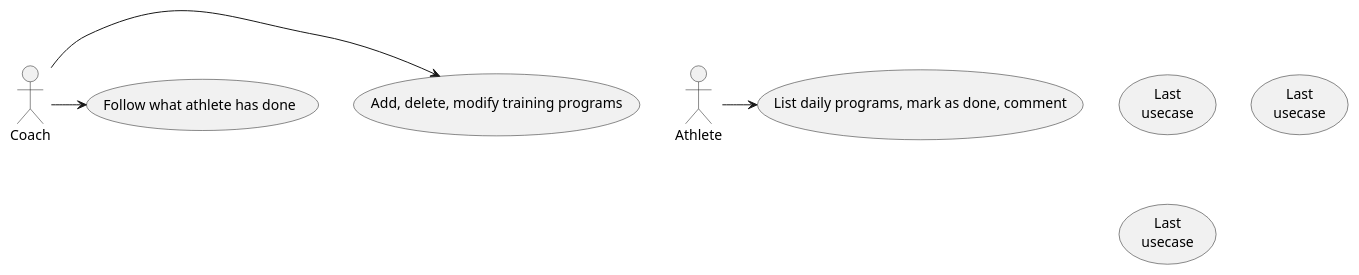
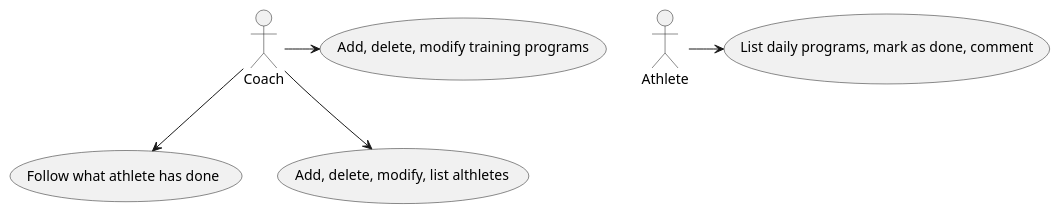
The diagram in Specs/Specs.md (SaLuX8/UI-programming), drawn with PlantUML before and after one commit.

````diff
--- a/Specs/Specs.md
+++ b/Specs/Specs.md
@@ -30,14 +30,17 @@
 ```plantuml
 
 actor Coach 
 actor Athlete
-usecase (Last\nusecase) as UC1
-usecase (Last\nusecase) as UC2
-usecase (Last\nusecase) as UC3
+usecase (Add, delete, modify training programs) as UC1
+usecase (List daily programs, mark as done, comment) as UC2
+usecase (Follow what athlete has done) as UC3
+usecase (Add, delete, modify, list althletes) as UC4
+
+Coach -down-> UC4
+Coach -right-> UC1
+Coach -down-> UC3
+
+Athlete -> UC2
 
 
-Coach -> (Add, delete, modify training programs)
-Athlete -> (List daily programs, mark as done, comment)
-Coach -> (Follow what athlete has done)
-
 ```
````
